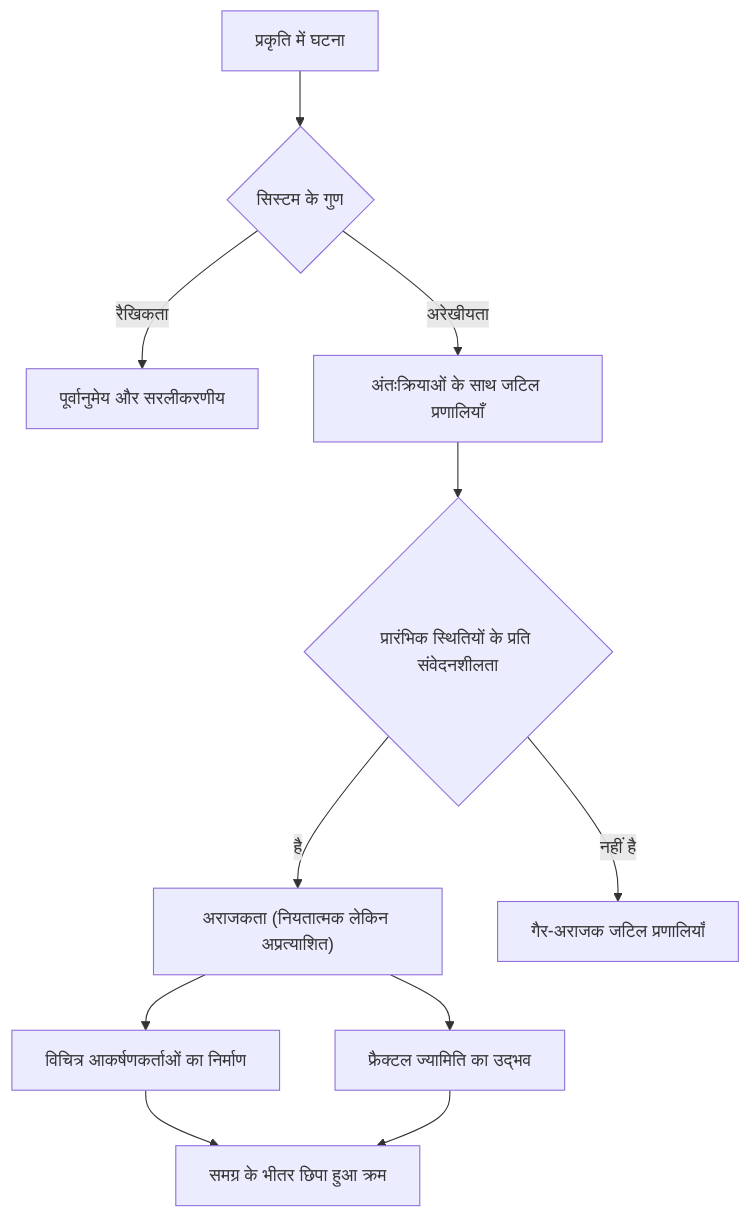
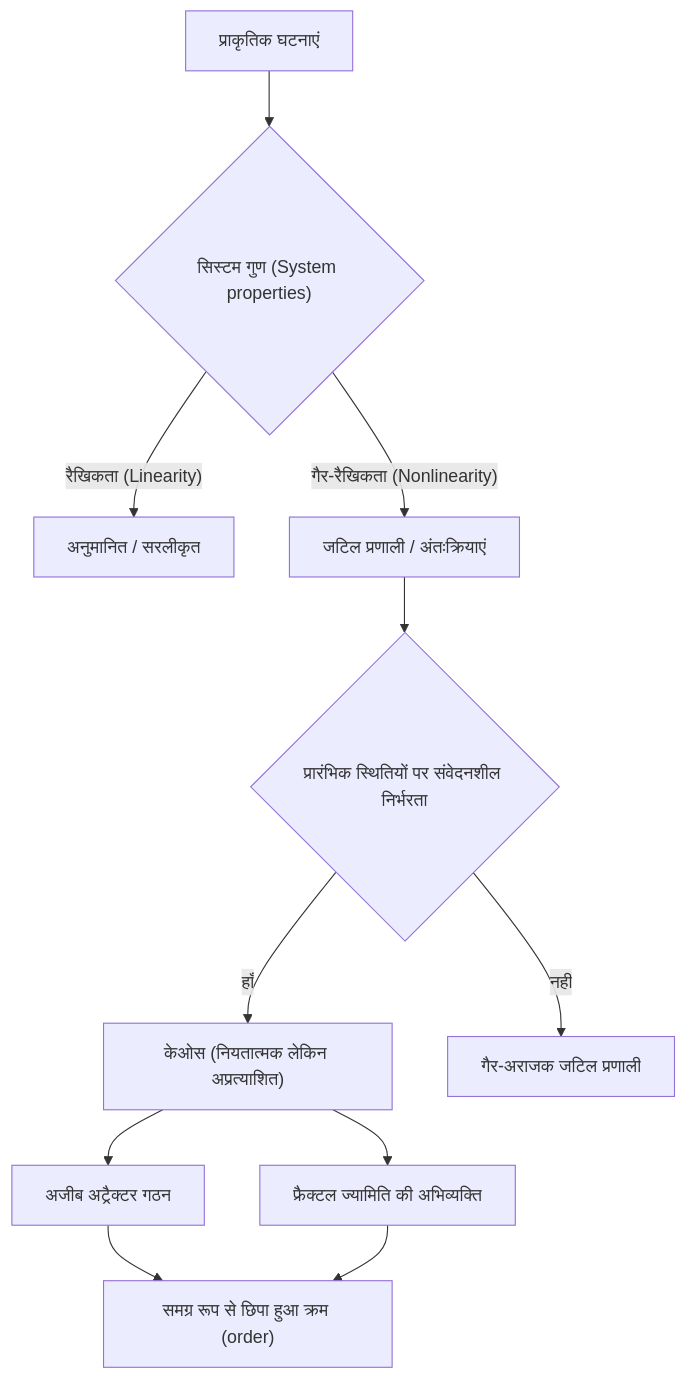
The second of 2 diagrams in content/post/chaos-theory/index.hi.md (kenjinote/blog), drawn with Mermaid before and after one commit. The commit also changed other lines of this file and 97 other files, not shown here.

````diff
--- a/content/post/chaos-theory/index.hi.md
+++ b/content/post/chaos-theory/index.hi.md
@@ -201,13 +201,13 @@
 ```mermaid
 graph TD
-    A["प्रकृति में घटना"] --> B{"सिस्टम के गुण"}
-    B -->|"रैखिकता"| C["पूर्वानुमेय और सरलीकरणीय"]
-    B -->|"अरेखीयता"| D["अंतःक्रियाओं के साथ जटिल प्रणालियाँ"]
-    D --> E{"प्रारंभिक स्थितियों के प्रति संवेदनशीलता"}
-    E -->|"है"| F["अराजकता (नियतात्मक लेकिन अप्रत्याशित)"]
-    E -->|"नहीं है"| G["गैर-अराजक जटिल प्रणालियाँ"]
-    F --> H["विचित्र आकर्षणकर्ताओं का निर्माण"]
-    F --> I["फ्रैक्टल ज्यामिति का उद्भव"]
-    H --> J["समग्र के भीतर छिपा हुआ क्रम"]
+    A["प्राकृतिक घटनाएं"] --> B{"सिस्टम गुण (System properties)"}
+    B -->|"रैखिकता (Linearity)"| C["अनुमानित / सरलीकृत"]
+    B -->|"गैर-रैखिकता (Nonlinearity)"| D["जटिल प्रणाली / अंतःक्रियाएं"]
+    D --> E{"प्रारंभिक स्थितियों पर संवेदनशील निर्भरता"}
+    E -->|"हाँ"| F["केओस (नियतात्मक लेकिन अप्रत्याशित)"]
+    E -->|"नहीं"| G["गैर-अराजक जटिल प्रणाली"]
+    F --> H["अजीब अट्रैक्टर गठन"]
+    F --> I["फ्रैक्टल ज्यामिति की अभिव्यक्ति"]
+    H --> J["समग्र रूप से छिपा हुआ क्रम (order)"]
     I --> J
 ```
````
